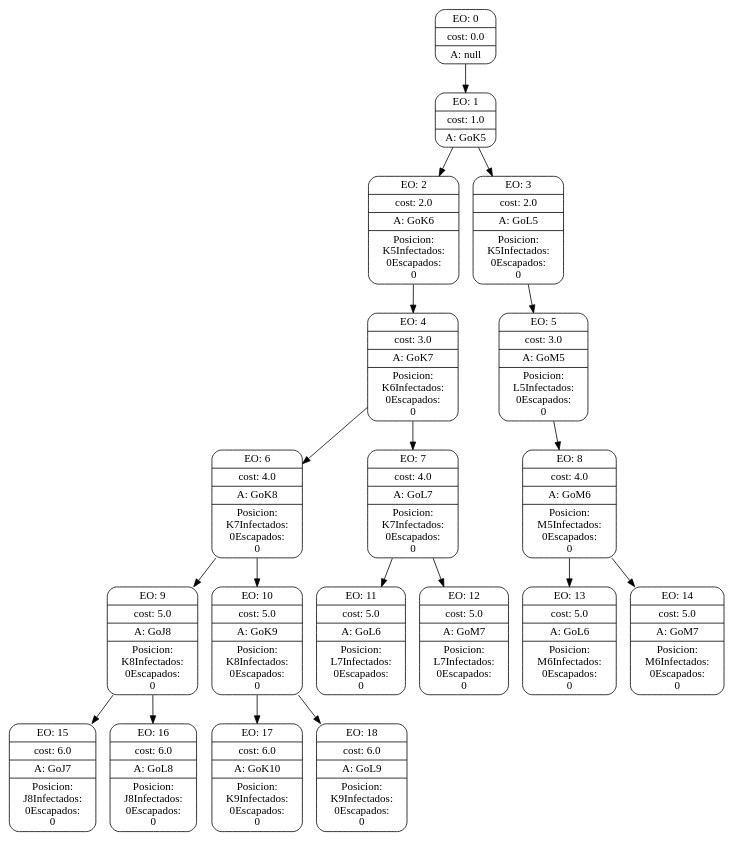
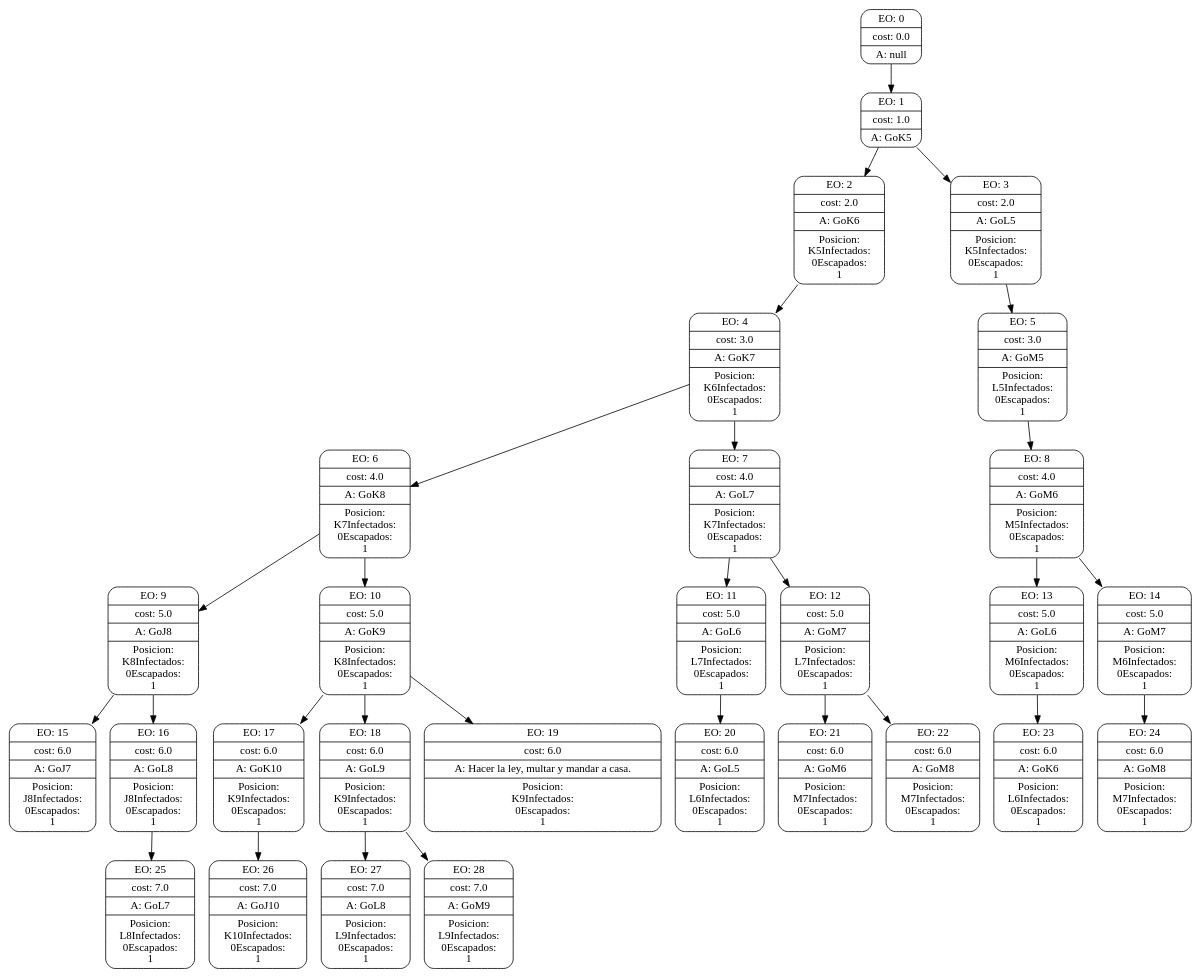
One commit to eliasbrizi/tp1IA changed the diagram in inteligenciaArtificialTP1/searchGVTrees/1.dot. Above: the diagram before and after it, drawn with Graphviz. The commit also changed 43 other files, not shown here.

```diff
--- a/inteligenciaArtificialTP1/searchGVTrees/1.dot
+++ b/inteligenciaArtificialTP1/searchGVTrees/1.dot
@@ -1,94 +1,144 @@
 digraph g {
 node [shape = Mrecord];
 nodo0[label="{EO: 0|cost: 0.0|A: null}"]
 nodo1[label="{EO: 1|cost: 1.0|A: GoK5}"]
 nodo2[label="{EO: 2|cost: 2.0|A: GoK6|Posicion:\nK5
 Infectados:\n0
-Escapados:\n0}"]
+Escapados:\n1}"]
 nodo4[label="{EO: 4|cost: 3.0|A: GoK7|Posicion:\nK6
 Infectados:\n0
-Escapados:\n0}"]
+Escapados:\n1}"]
 nodo6[label="{EO: 6|cost: 4.0|A: GoK8|Posicion:\nK7
 Infectados:\n0
-Escapados:\n0}"]
+Escapados:\n1}"]
 nodo9[label="{EO: 9|cost: 5.0|A: GoJ8|Posicion:\nK8
 Infectados:\n0
-Escapados:\n0}"]
+Escapados:\n1}"]
 nodo15[label="{EO: 15|cost: 6.0|A: GoJ7|Posicion:\nJ8
 Infectados:\n0
-Escapados:\n0}"]
+Escapados:\n1}"]
 
 nodo9 -> nodo15;
 nodo16[label="{EO: 16|cost: 6.0|A: GoL8|Posicion:\nJ8
 Infectados:\n0
-Escapados:\n0}"]
+Escapados:\n1}"]
+nodo25[label="{EO: 25|cost: 7.0|A: GoL7|Posicion:\nL8
+Infectados:\n0
+Escapados:\n1}"]
+
+nodo16 -> nodo25;
 
 nodo9 -> nodo16;
 
 nodo6 -> nodo9;
 nodo10[label="{EO: 10|cost: 5.0|A: GoK9|Posicion:\nK8
 Infectados:\n0
-Escapados:\n0}"]
+Escapados:\n1}"]
 nodo17[label="{EO: 17|cost: 6.0|A: GoK10|Posicion:\nK9
 Infectados:\n0
-Escapados:\n0}"]
+Escapados:\n1}"]
+nodo26[label="{EO: 26|cost: 7.0|A: GoJ10|Posicion:\nK10
+Infectados:\n0
+Escapados:\n1}"]
+
+nodo17 -> nodo26;
 
 nodo10 -> nodo17;
 nodo18[label="{EO: 18|cost: 6.0|A: GoL9|Posicion:\nK9
 Infectados:\n0
-Escapados:\n0}"]
+Escapados:\n1}"]
+nodo27[label="{EO: 27|cost: 7.0|A: GoL8|Posicion:\nL9
+Infectados:\n0
+Escapados:\n1}"]
+
+nodo18 -> nodo27;
+nodo28[label="{EO: 28|cost: 7.0|A: GoM9|Posicion:\nL9
+Infectados:\n0
+Escapados:\n1}"]
+
+nodo18 -> nodo28;
 
 nodo10 -> nodo18;
+nodo19[label="{EO: 19|cost: 6.0|A: Hacer la ley, multar y mandar a casa.|Posicion:\nK9
+Infectados:\n0
+Escapados:\n1}"]
+
+nodo10 -> nodo19;
 
 nodo6 -> nodo10;
 
 nodo4 -> nodo6;
 nodo7[label="{EO: 7|cost: 4.0|A: GoL7|Posicion:\nK7
 Infectados:\n0
-Escapados:\n0}"]
+Escapados:\n1}"]
 nodo11[label="{EO: 11|cost: 5.0|A: GoL6|Posicion:\nL7
 Infectados:\n0
-Escapados:\n0}"]
+Escapados:\n1}"]
+nodo20[label="{EO: 20|cost: 6.0|A: GoL5|Posicion:\nL6
+Infectados:\n0
+Escapados:\n1}"]
+
+nodo11 -> nodo20;
 
 nodo7 -> nodo11;
 nodo12[label="{EO: 12|cost: 5.0|A: GoM7|Posicion:\nL7
 Infectados:\n0
-Escapados:\n0}"]
+Escapados:\n1}"]
+nodo21[label="{EO: 21|cost: 6.0|A: GoM6|Posicion:\nM7
+Infectados:\n0
+Escapados:\n1}"]
+
+nodo12 -> nodo21;
+nodo22[label="{EO: 22|cost: 6.0|A: GoM8|Posicion:\nM7
+Infectados:\n0
+Escapados:\n1}"]
+
+nodo12 -> nodo22;
 
 nodo7 -> nodo12;
 
 nodo4 -> nodo7;
 
 nodo2 -> nodo4;
 
 nodo1 -> nodo2;
 nodo3[label="{EO: 3|cost: 2.0|A: GoL5|Posicion:\nK5
 Infectados:\n0
-Escapados:\n0}"]
+Escapados:\n1}"]
 nodo5[label="{EO: 5|cost: 3.0|A: GoM5|Posicion:\nL5
 Infectados:\n0
-Escapados:\n0}"]
+Escapados:\n1}"]
 nodo8[label="{EO: 8|cost: 4.0|A: GoM6|Posicion:\nM5
 Infectados:\n0
-Escapados:\n0}"]
+Escapados:\n1}"]
 nodo13[label="{EO: 13|cost: 5.0|A: GoL6|Posicion:\nM6
 Infectados:\n0
-Escapados:\n0}"]
+Escapados:\n1}"]
+nodo23[label="{EO: 23|cost: 6.0|A: GoK6|Posicion:\nL6
+Infectados:\n0
+Escapados:\n1}"]
+
+nodo13 -> nodo23;
 
 nodo8 -> nodo13;
 nodo14[label="{EO: 14|cost: 5.0|A: GoM7|Posicion:\nM6
 Infectados:\n0
-Escapados:\n0}"]
+Escapados:\n1}"]
+nodo24[label="{EO: 24|cost: 6.0|A: GoM8|Posicion:\nM7
+Infectados:\n0
+Escapados:\n1}"]
+
+nodo14 -> nodo24;
 
 nodo8 -> nodo14;
 
 nodo5 -> nodo8;
 
 nodo3 -> nodo5;
 
 nodo1 -> nodo3;
 
 nodo0 -> nodo1;
 
 
 }
```
